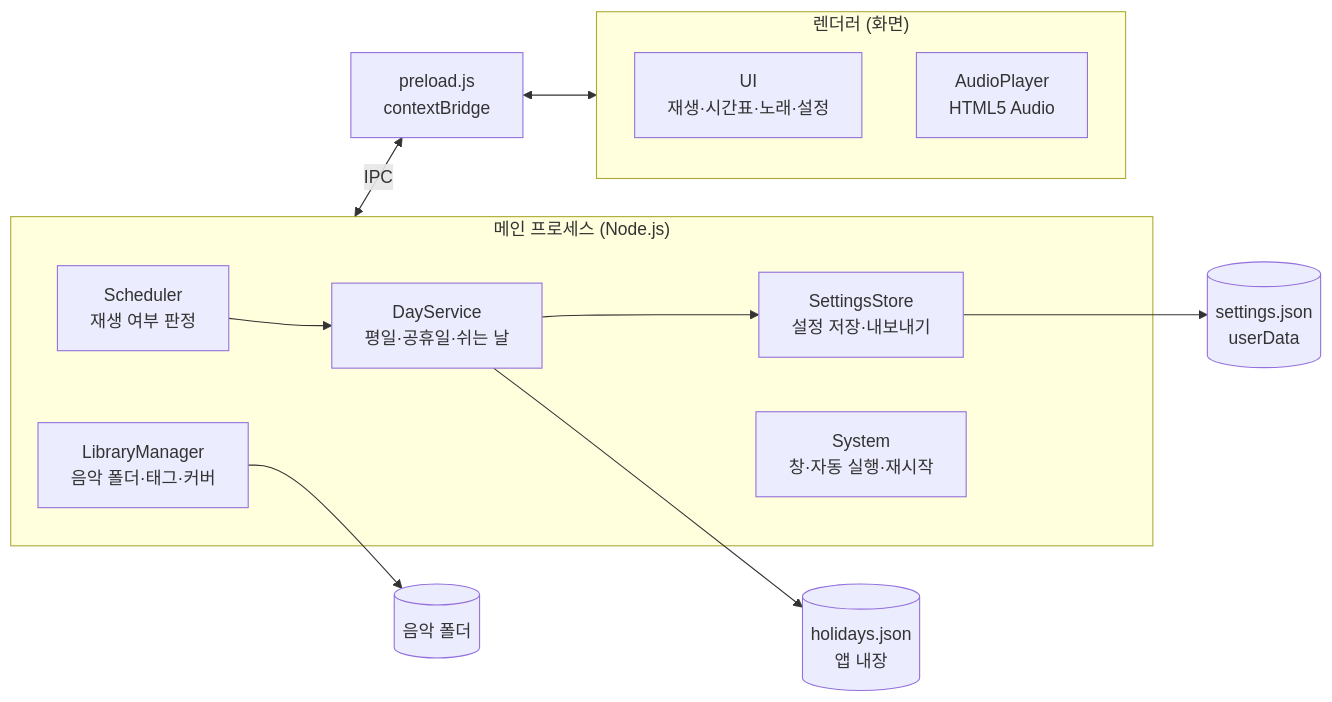
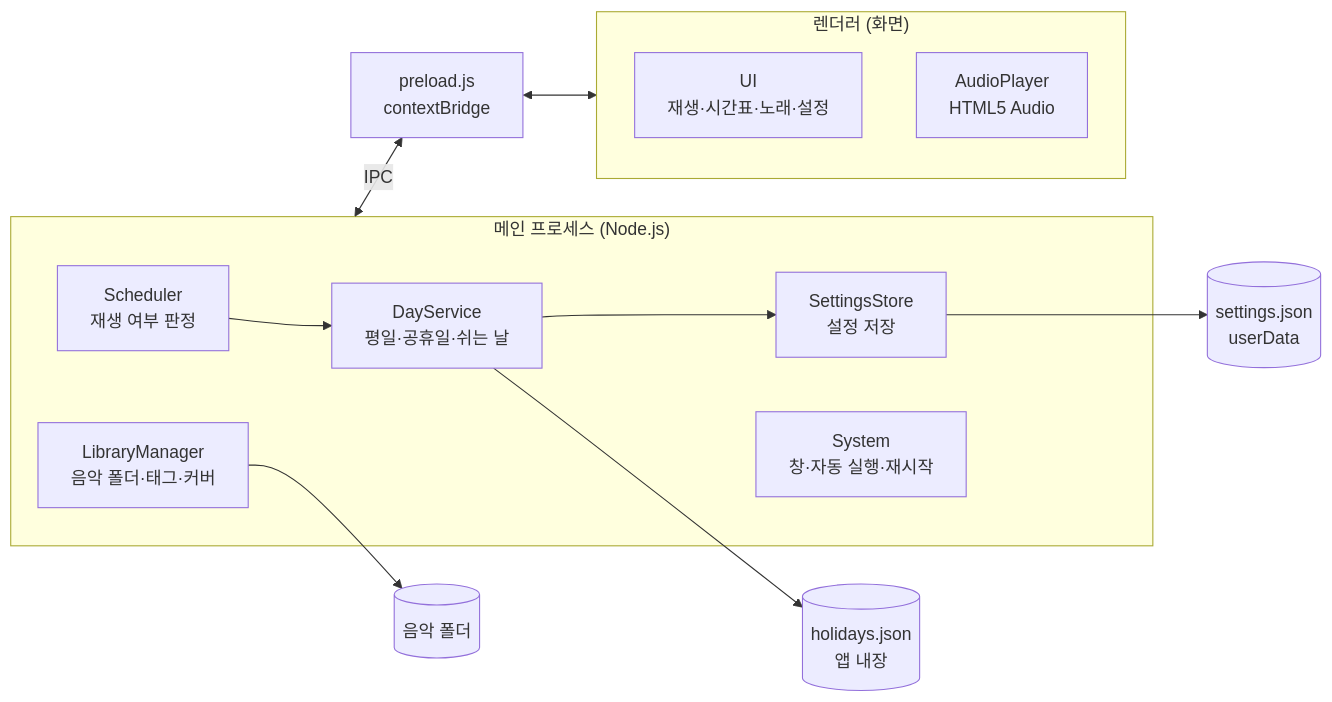
The diagram in docs/03-아키텍처.md (nile27/music-timetable), drawn with Mermaid before and after one commit. The commit also changed other lines of this file and 28 other files, not shown here.

````diff
--- a/docs/03-아키텍처.md
+++ b/docs/03-아키텍처.md
@@ -5,25 +5,25 @@
 ```mermaid
 flowchart LR
 	subgraph MAIN["메인 프로세스 (Node.js)"]
 		SCH["Scheduler<br>재생 여부 판정"]
 		DAY["DayService<br>평일·공휴일·쉬는 날"]
 		LIB["LibraryManager<br>음악 폴더·태그·커버"]
-		SET["SettingsStore<br>설정 저장·내보내기"]
+		SET["SettingsStore<br>설정 저장"]
 		SYS["System<br>창·자동 실행·재시작"]
 	end
 	PRE["preload.js<br>contextBridge"]
 	subgraph REN["렌더러 (화면)"]
 		UI["UI<br>재생·시간표·노래·설정"]
 		AUD["AudioPlayer<br>HTML5 Audio"]
 	end
 	FS1[("음악 폴더")]
 	FS2[("settings.json<br>userData")]
 	FS3[("holidays.json<br>앱 내장")]
 	SCH --> DAY
 	DAY --> FS3
 	DAY --> SET
 	LIB --> FS1
 	SET --> FS2
 	MAIN <-->|IPC| PRE
 	PRE <--> REN
 ```
````
